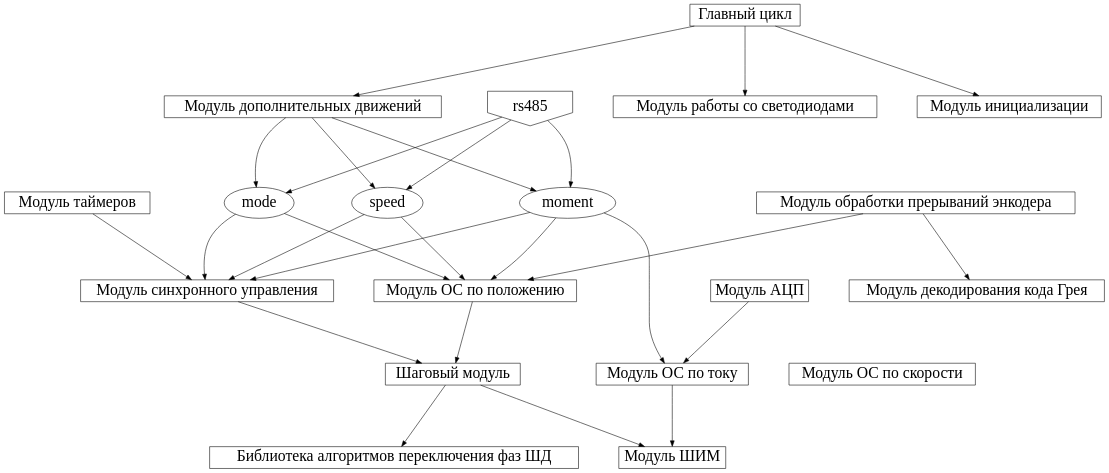
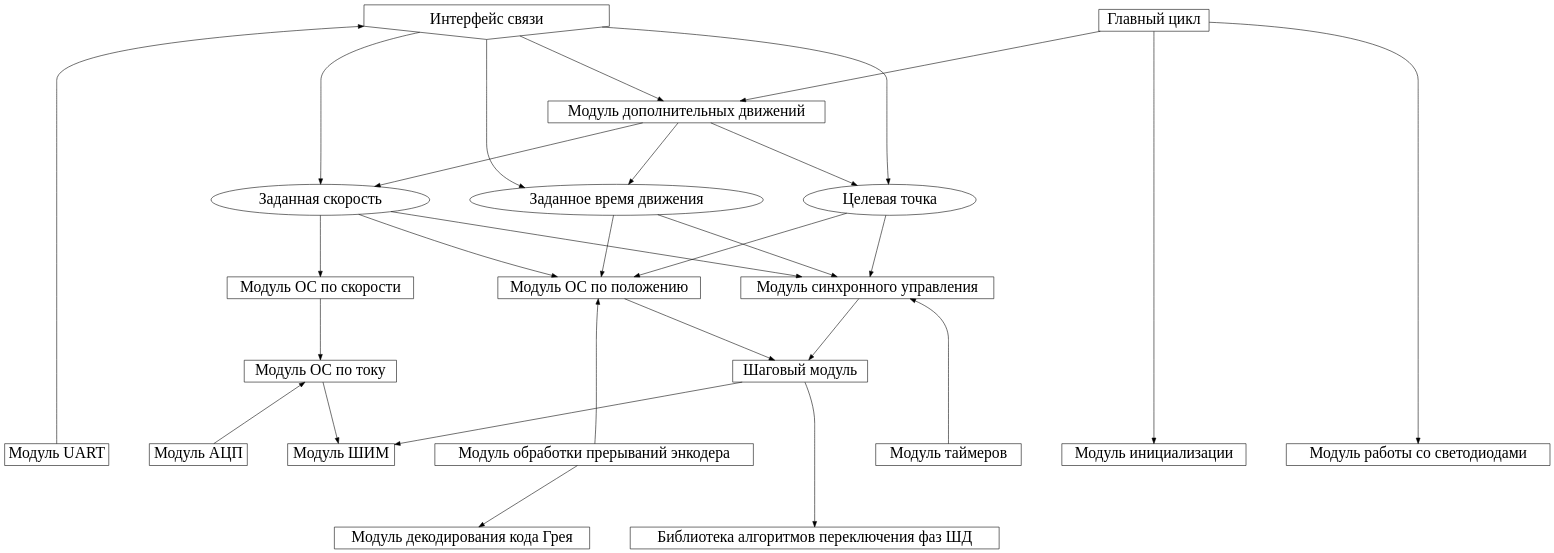
Before and after one commit to TheGreenBox/sattelite_step_drive: the diagram in docs/src/graph/soft_arch.dot, drawn with Graphviz. The commit also changed 1 other file, not shown here.

```diff
--- a/docs/src/graph/soft_arch.dot
+++ b/docs/src/graph/soft_arch.dot
@@ -1,74 +1,87 @@
 digraph sat_step_ach {
     start="random";
-    splines=splines;
     nodesep=1;
     bgcolor="transparent";
     node[shape=record, fontname="ISOCPEUR Italic", fontsize=28];
     edge[minlen=3];
 
-    rs485[shape=invhouse];
+    connection[shape=invhouse, label="Интерфейс связи"];
     {
         rank=same;
-        moment[shape=ellipse];
-        speed[shape=ellipse];
-        mode[shape=ellipse];
+        moving_time[shape=ellipse, label="Заданное время движения"];
+        speed[shape=ellipse, label="Заданная скорость"];
+        goal_coord[shape=ellipse, label="Целевая точка"];
     }
 
-    algo_types          [shape=box, label="Библиотека алгоритмов переключения фаз ШД"];
     elementary_motions  [shape=box, label="Модуль дополнительных движений"];
-    adc                 [shape=box, label="Модуль АЦП"];
-    led_control         [shape=box, label="Модуль работы со светодиодами"];
-    timers              [shape=box, label="Модуль таймеров"];
     main                [shape=box, label="Главный цикл"];
-    pwm_wrap_module     [shape=box, label="Модуль ШИМ"];
+
     {
         rank=same;
         synchronized_control[shape=box, label="Модуль синхронного управления"];
         feedback_control    [shape=box, label="Модуль ОС по положению"];
+        speed_feedback      [shape=box, label="Модуль ОС по скорости"];
     }
-    init                [shape=box, label="Модуль инициализации"];
+
     {
         rank=same;
-        speed_feedback      [shape=box, label="Модуль ОС по скорости"];
         current_feedback    [shape=box, label="Модуль ОС по току"];
         control_algo        [shape=box, label="Шаговый модуль"];
     }
-    sensors_encoder     [shape=box, label="Модуль обработки прерываний энкодера"];
-    sensors_gray_code_decoder[shape=box, label="Модуль декодирования кода Грея"];
 
-    rs485 -> moment;
-    rs485 -> speed;
-    rs485 -> mode;
+    {
+        // hardware level
+        rank=same;
+        timers              [shape=box, label="Модуль таймеров"];
+        pwm_wrap_module     [shape=box, label="Модуль ШИМ"];
+        init                [shape=box, label="Модуль инициализации"];
+        adc                 [shape=box, label="Модуль АЦП"];
+        led_control         [shape=box, label="Модуль работы со светодиодами"];
+        uart                [shape=box, label="Модуль UART"];
+        sensors_encoder     [shape=box, label="Модуль обработки прерываний энкодера"];
+    }
+    {
+        rank=same;
+        sensors_gray_code_decoder[shape=box, label="Модуль декодирования кода Грея"];
+        algo_types          [shape=box, label="Библиотека алгоритмов переключения фаз ШД"];
+    }
 
-    moment -> synchronized_control;
-    speed  -> synchronized_control;
-    mode   -> synchronized_control;
+    main -> init;
+    main -> led_control;
+    main -> elementary_motions;
 
-    moment -> feedback_control;
-    speed  -> feedback_control;
-    mode   -> feedback_control;
+    uart -> connection;
+    connection -> moving_time;
+    connection -> speed;
+    connection -> goal_coord;
+    connection -> elementary_motions;
+
+    speed       -> synchronized_control;
+    goal_coord  -> synchronized_control;
+    moving_time -> synchronized_control;
+
+    speed       -> feedback_control;
+    goal_coord  -> feedback_control;
+    moving_time -> feedback_control;
+
+    speed  -> speed_feedback;
 
     synchronized_control -> control_algo;
     feedback_control     -> control_algo;
 
     control_algo -> pwm_wrap_module;
     control_algo -> algo_types;
 
     timers -> synchronized_control;
     sensors_encoder -> feedback_control;
 
-    main -> init;
-    main -> led_control;
-    main -> elementary_motions;
+    elementary_motions -> moving_time;
+    elementary_motions -> speed;
+    elementary_motions -> goal_coord;
 
-    elementary_motions -> moment;
-    elementary_motions -> speed;
-    elementary_motions -> mode;
-
-    moment -> current_feedback;
+    speed_feedback -> current_feedback;
     adc ->  current_feedback;
     current_feedback -> pwm_wrap_module;
 
-
     sensors_encoder -> sensors_gray_code_decoder;
 }
```
